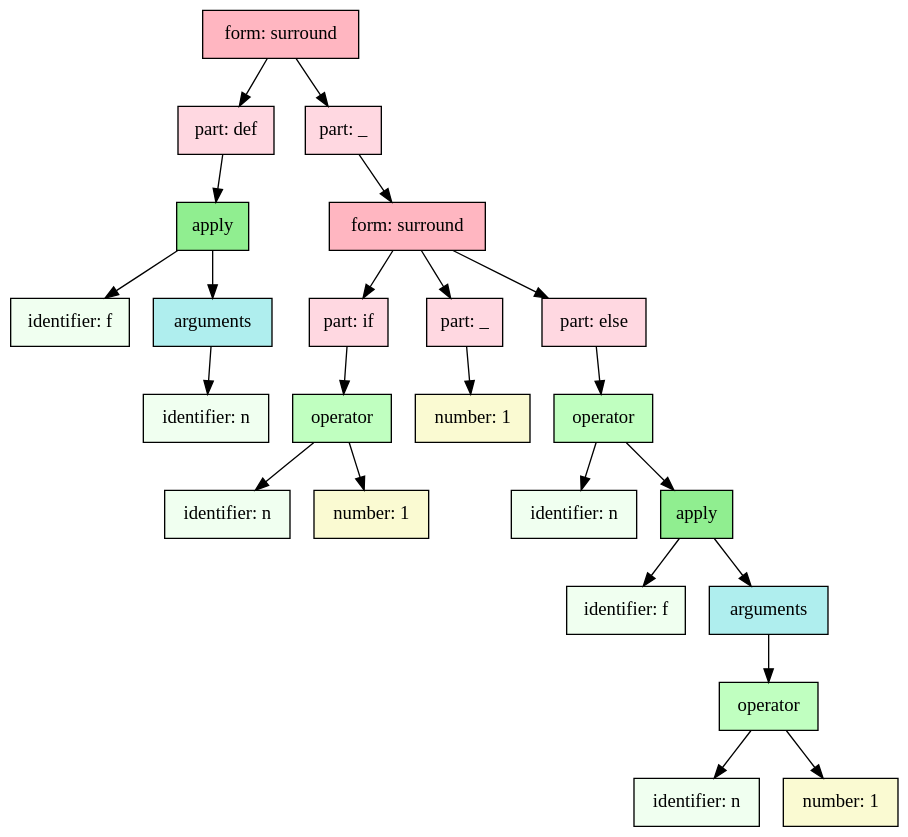
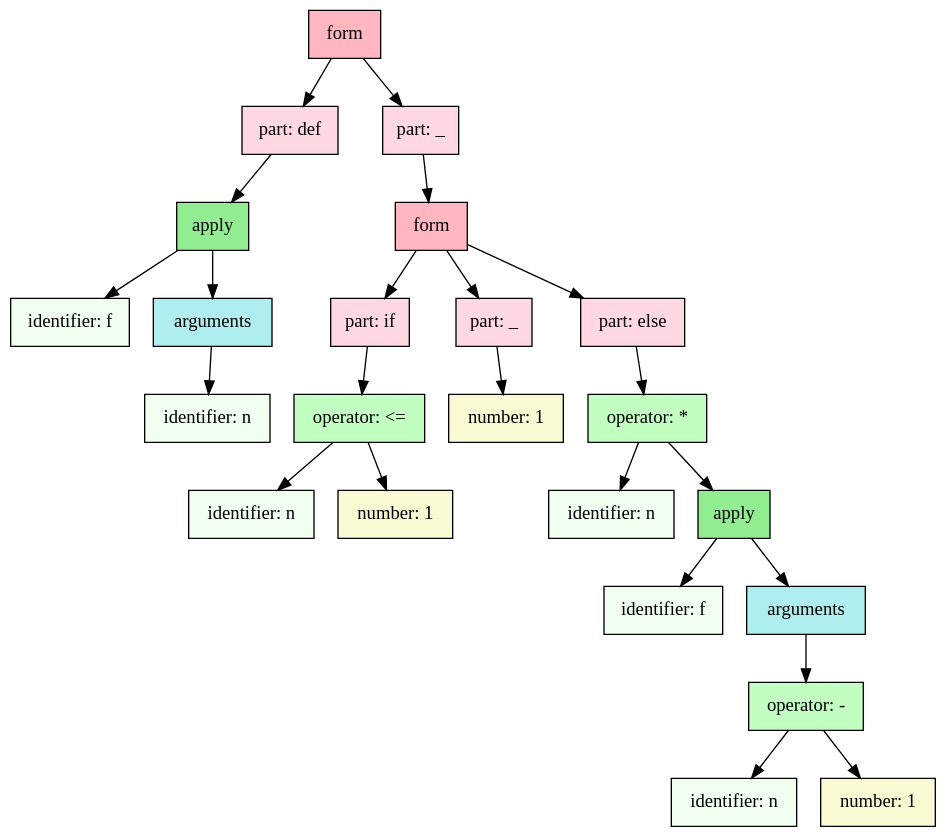
One commit to monogram-project/monogram-go changed the second of 2 diagrams in docs/factorial.md. Above: the diagram before and after it, drawn with Graphviz. The commit also changed other lines of this file and 10 other files, not shown here.

````diff
--- a/docs/factorial.md
+++ b/docs/factorial.md
@@ -353,51 +343,51 @@
 ```dot
 digraph G {
   bgcolor="transparent";
   node [shape="box", style="filled", fontname="Ubuntu Mono"];
-  "128217096981056" [label="form: surround", shape="box", fillcolor="lightpink"];
-  "128217096981136" [label="part: def", shape="box", fillcolor="#FFD8E1"];
-  "128217096981056" -> "128217096981136";
-  "128217096981216" [label="apply", shape="box", fillcolor="lightgreen"];
-  "128217096981136" -> "128217096981216";
-  "128217096981296" [label="identifier: f", shape="box", fillcolor="Honeydew"];
-  "128217096981216" -> "128217096981296";
-  "128217096981376" [label="arguments", shape="box", fillcolor="PaleTurquoise"];
-  "128217096981216" -> "128217096981376";
-  "128217096981456" [label="identifier: n", shape="box", fillcolor="Honeydew"];
-  "128217096981376" -> "128217096981456";
-  "128217096981536" [label="part: _", shape="box", fillcolor="#FFD8E1"];
-  "128217096981056" -> "128217096981536";
-  "128217096981616" [label="form: surround", shape="box", fillcolor="lightpink"];
-  "128217096981536" -> "128217096981616";
-  "128217096981696" [label="part: if", shape="box", fillcolor="#FFD8E1"];
-  "128217096981616" -> "128217096981696";
-  "128217096981776" [label="operator", shape="box", fillcolor="#C0FFC0"];
-  "128217096981696" -> "128217096981776";
-  "128217096981856" [label="identifier: n", shape="box", fillcolor="Honeydew"];
-  "128217096981776" -> "128217096981856";
-  "128217096981936" [label="number: 1", shape="box", fillcolor="lightgoldenrodyellow"];
-  "128217096981776" -> "128217096981936";
-  "128217096982016" [label="part: _", shape="box", fillcolor="#FFD8E1"];
-  "128217096981616" -> "128217096982016";
-  "128217096982096" [label="number: 1", shape="box", fillcolor="lightgoldenrodyellow"];
-  "128217096982016" -> "128217096982096";
-  "128217096982176" [label="part: else", shape="box", fillcolor="#FFD8E1"];
-  "128217096981616" -> "128217096982176";
-  "128217096982256" [label="operator", shape="box", fillcolor="#C0FFC0"];
-  "128217096982176" -> "128217096982256";
-  "128217096982336" [label="identifier: n", shape="box", fillcolor="Honeydew"];
-  "128217096982256" -> "128217096982336";
-  "128217096982416" [label="apply", shape="box", fillcolor="lightgreen"];
-  "128217096982256" -> "128217096982416";
-  "128217096982576" [label="identifier: f", shape="box", fillcolor="Honeydew"];
-  "128217096982416" -> "128217096982576";
-  "128217096982736" [label="arguments", shape="box", fillcolor="PaleTurquoise"];
-  "128217096982416" -> "128217096982736";
-  "128217096982896" [label="operator", shape="box", fillcolor="#C0FFC0"];
-  "128217096982736" -> "128217096982896";
-  "128217096983056" [label="identifier: n", shape="box", fillcolor="Honeydew"];
-  "128217096982896" -> "128217096983056";
-  "128217096983216" [label="number: 1", shape="box", fillcolor="lightgoldenrodyellow"];
-  "128217096982896" -> "128217096983216";
+  "139838052484336" [label="form", shape="box", fillcolor="lightpink"];
+  "139838052484416" [label="part: def", shape="box", fillcolor="#FFD8E1"];
+  "139838052484336" -> "139838052484416";
+  "139838052484496" [label="apply", shape="box", fillcolor="lightgreen"];
+  "139838052484416" -> "139838052484496";
+  "139838052484576" [label="identifier: f", shape="box", fillcolor="Honeydew"];
+  "139838052484496" -> "139838052484576";
+  "139838052484656" [label="arguments", shape="box", fillcolor="PaleTurquoise"];
+  "139838052484496" -> "139838052484656";
+  "139838052484736" [label="identifier: n", shape="box", fillcolor="Honeydew"];
+  "139838052484656" -> "139838052484736";
+  "139838052484816" [label="part: _", shape="box", fillcolor="#FFD8E1"];
+  "139838052484336" -> "139838052484816";
+  "139838052484896" [label="form", shape="box", fillcolor="lightpink"];
+  "139838052484816" -> "139838052484896";
+  "139838052484976" [label="part: if", shape="box", fillcolor="#FFD8E1"];
+  "139838052484896" -> "139838052484976";
+  "139838052485056" [label="operator: <=", shape="box", fillcolor="#C0FFC0"];
+  "139838052484976" -> "139838052485056";
+  "139838052485136" [label="identifier: n", shape="box", fillcolor="Honeydew"];
+  "139838052485056" -> "139838052485136";
+  "139838052485216" [label="number: 1", shape="box", fillcolor="lightgoldenrodyellow"];
+  "139838052485056" -> "139838052485216";
+  "139838052485296" [label="part: _", shape="box", fillcolor="#FFD8E1"];
+  "139838052484896" -> "139838052485296";
+  "139838052485376" [label="number: 1", shape="box", fillcolor="lightgoldenrodyellow"];
+  "139838052485296" -> "139838052485376";
+  "139838052485456" [label="part: else", shape="box", fillcolor="#FFD8E1"];
+  "139838052484896" -> "139838052485456";
+  "139838052485536" [label="operator: *", shape="box", fillcolor="#C0FFC0"];
+  "139838052485456" -> "139838052485536";
+  "139838052485616" [label="identifier: n", shape="box", fillcolor="Honeydew"];
+  "139838052485536" -> "139838052485616";
+  "139838052485696" [label="apply", shape="box", fillcolor="lightgreen"];
+  "139838052485536" -> "139838052485696";
+  "139838052485856" [label="identifier: f", shape="box", fillcolor="Honeydew"];
+  "139838052485696" -> "139838052485856";
+  "139838052486016" [label="arguments", shape="box", fillcolor="PaleTurquoise"];
+  "139838052485696" -> "139838052486016";
+  "139838052486176" [label="operator: -", shape="box", fillcolor="#C0FFC0"];
+  "139838052486016" -> "139838052486176";
+  "139838052486336" [label="identifier: n", shape="box", fillcolor="Honeydew"];
+  "139838052486176" -> "139838052486336";
+  "139838052486496" [label="number: 1", shape="box", fillcolor="lightgoldenrodyellow"];
+  "139838052486176" -> "139838052486496";
 }
 ```
````
